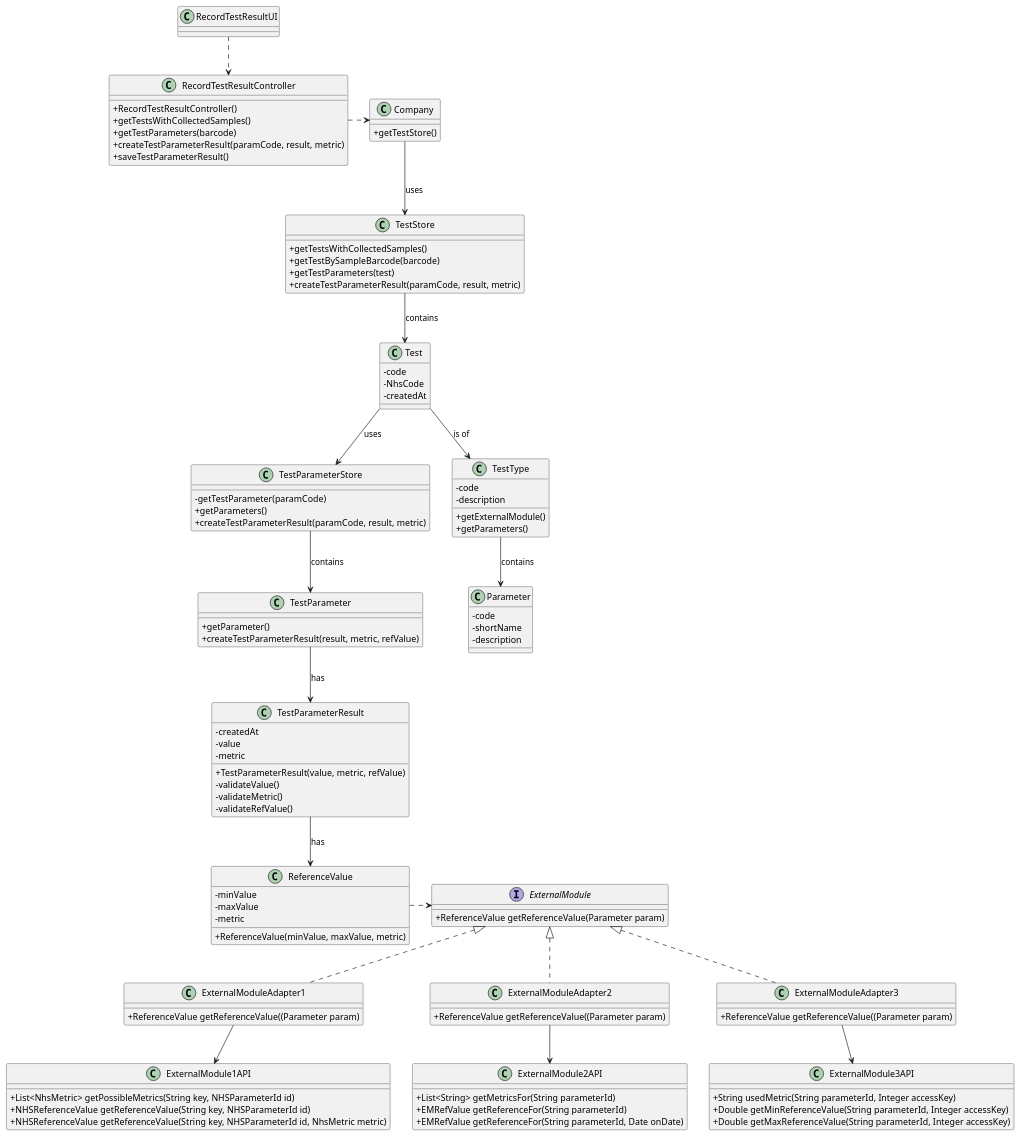
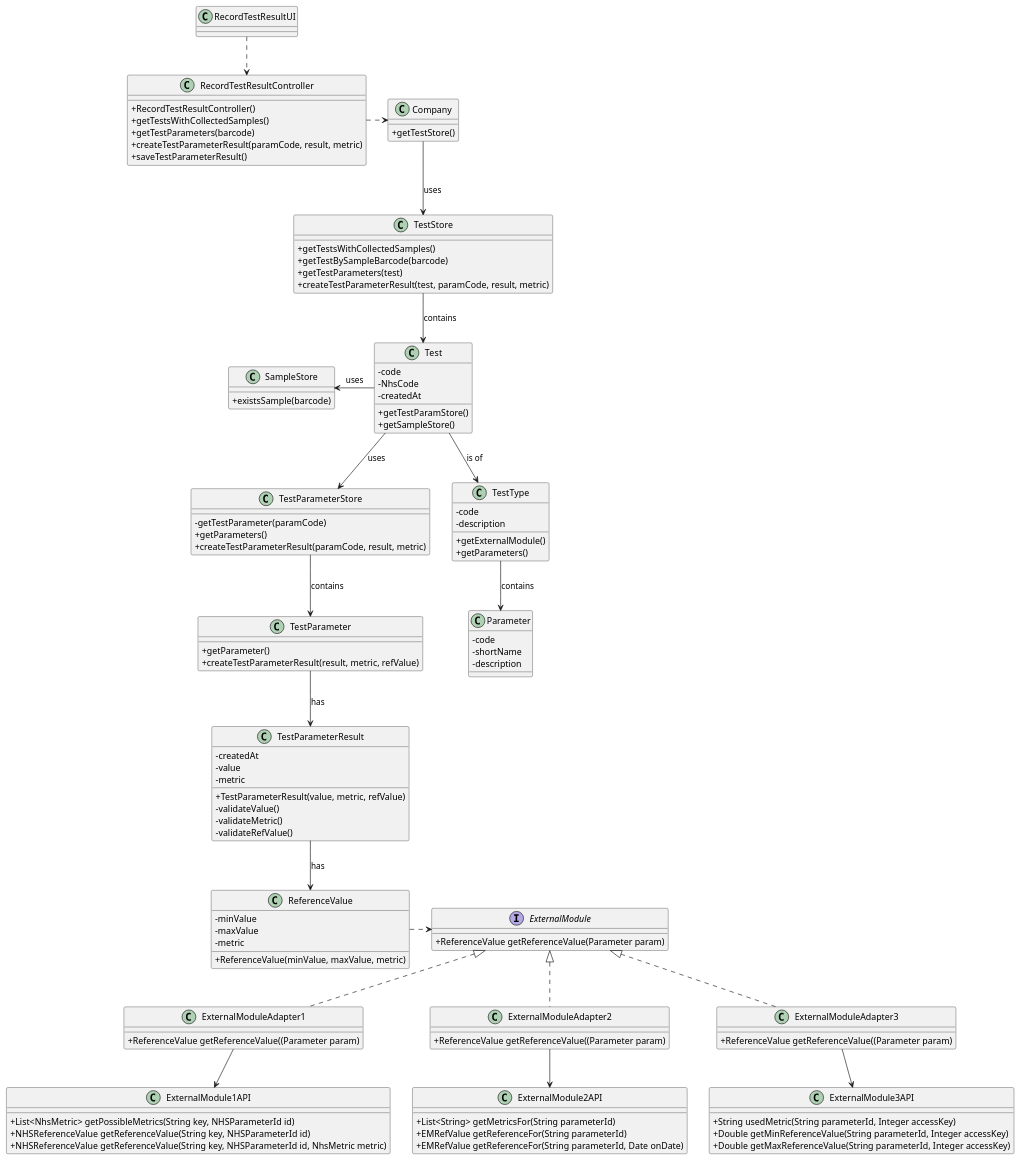
The diagram in docs/SprintC/US12/US12_CD.puml (MadDinosaur/ISEP-LAPR2), drawn with PlantUML before and after one commit. The commit also changed 14 other files, not shown here.

```diff
--- a/docs/SprintC/US12/US12_CD.puml
+++ b/docs/SprintC/US12/US12_CD.puml
@@ -1,105 +1,111 @@
 @startuml
 skinparam classAttributeIconSize 0
 class Company {
 + getTestStore()
 }
 class Test {
 -code
 -NhsCode
 -createdAt
++ getTestParamStore()
++ getSampleStore()
+}
+class SampleStore {
++ existsSample(barcode)
 }
 class TestParameterStore {
 - getTestParameter(paramCode)
 + getParameters()
 + createTestParameterResult(paramCode, result, metric)
 }
 class TestType {
 -code
 -description
 + getExternalModule()
 + getParameters()
 }
 class TestParameter {
 + getParameter()
 + createTestParameterResult(result, metric, refValue)
 }
 class TestStore {
 + getTestsWithCollectedSamples()
 + getTestBySampleBarcode(barcode)
 + getTestParameters(test)
-+ createTestParameterResult(paramCode, result, metric)
++ createTestParameterResult(test, paramCode, result, metric)
 }
 class Parameter {
 -code
 -shortName
 -description
 }
 class ReferenceValue {
 -minValue
 -maxValue
 -metric
 +ReferenceValue(minValue, maxValue, metric)
 }
 class TestParameterResult {
 -createdAt
 -value
 -metric
 + TestParameterResult(value, metric, refValue)
 - validateValue()
 - validateMetric()
 - validateRefValue()
 }
 interface ExternalModule {
 + ReferenceValue getReferenceValue(Parameter param)
 }
 class ExternalModuleAdapter1 {
 + ReferenceValue getReferenceValue((Parameter param)
 }
 class ExternalModule1API {
 + List<NhsMetric> getPossibleMetrics(String key, NHSParameterId id)
 + NHSReferenceValue getReferenceValue(String key, NHSParameterId id)
 + NHSReferenceValue getReferenceValue(String key, NHSParameterId id, NhsMetric metric)
 }
 class ExternalModuleAdapter2 {
 + ReferenceValue getReferenceValue((Parameter param)
 }
 class ExternalModule2API {
 + List<String> getMetricsFor(String parameterId)
 + EMRefValue getReferenceFor(String parameterId)
 + EMRefValue getReferenceFor(String parameterId, Date onDate)
 }
 class ExternalModuleAdapter3 {
 + ReferenceValue getReferenceValue((Parameter param)
 }
 class ExternalModule3API {
 + String usedMetric(String parameterId, Integer accessKey)
 + Double getMinReferenceValue(String parameterId, Integer accessKey)
 + Double getMaxReferenceValue(String parameterId, Integer accessKey)
 }
 class RecordTestResultUI
 class RecordTestResultController {
 + RecordTestResultController()
 + getTestsWithCollectedSamples()
 + getTestParameters(barcode)
 + createTestParameterResult(paramCode, result, metric)
 + saveTestParameterResult()
 }
 
 RecordTestResultUI ..> RecordTestResultController
 RecordTestResultController .right.> Company
 Company --> TestStore : uses
 TestStore --> Test : contains
 ReferenceValue .right.> ExternalModule
+Test -left-> SampleStore: uses
 Test --> TestParameterStore: uses
 TestParameterStore --> TestParameter : contains
 Test --> TestType : is of
 TestType --> Parameter : contains
 TestParameter --> TestParameterResult : has
 TestParameterResult --> ReferenceValue : has
 ExternalModule <|.. ExternalModuleAdapter1
 ExternalModule <|.. ExternalModuleAdapter2
 ExternalModule <|.. ExternalModuleAdapter3
 ExternalModuleAdapter1 --> ExternalModule1API
 ExternalModuleAdapter2 --> ExternalModule2API
 ExternalModuleAdapter3 --> ExternalModule3API
 @enduml
```
